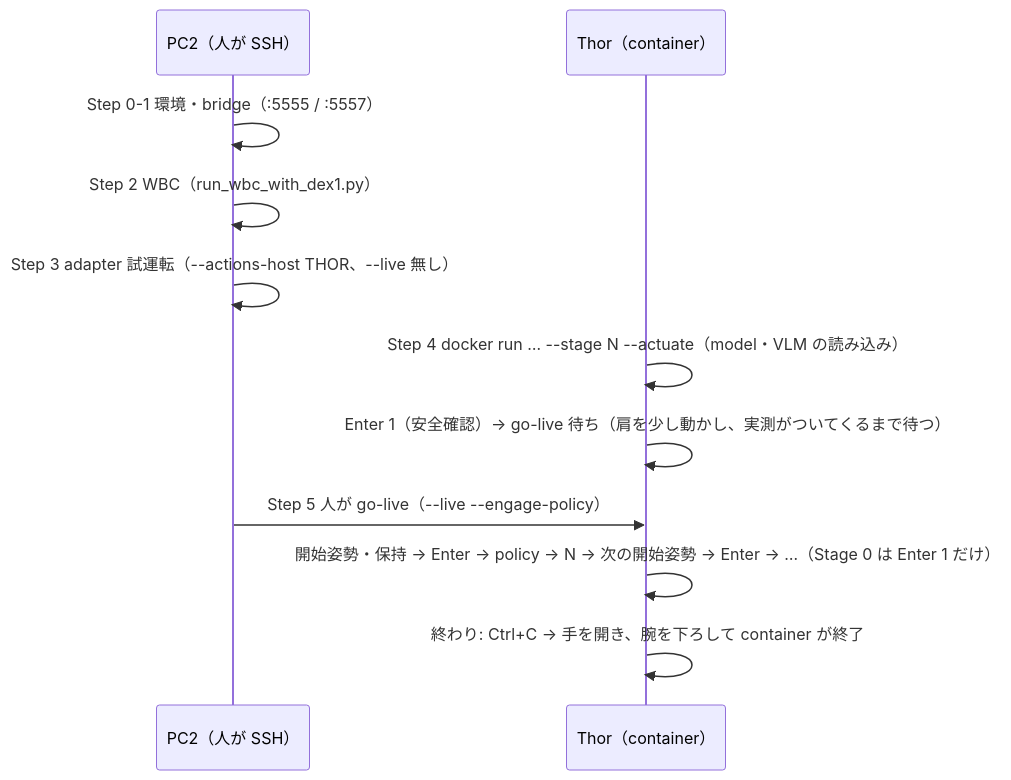
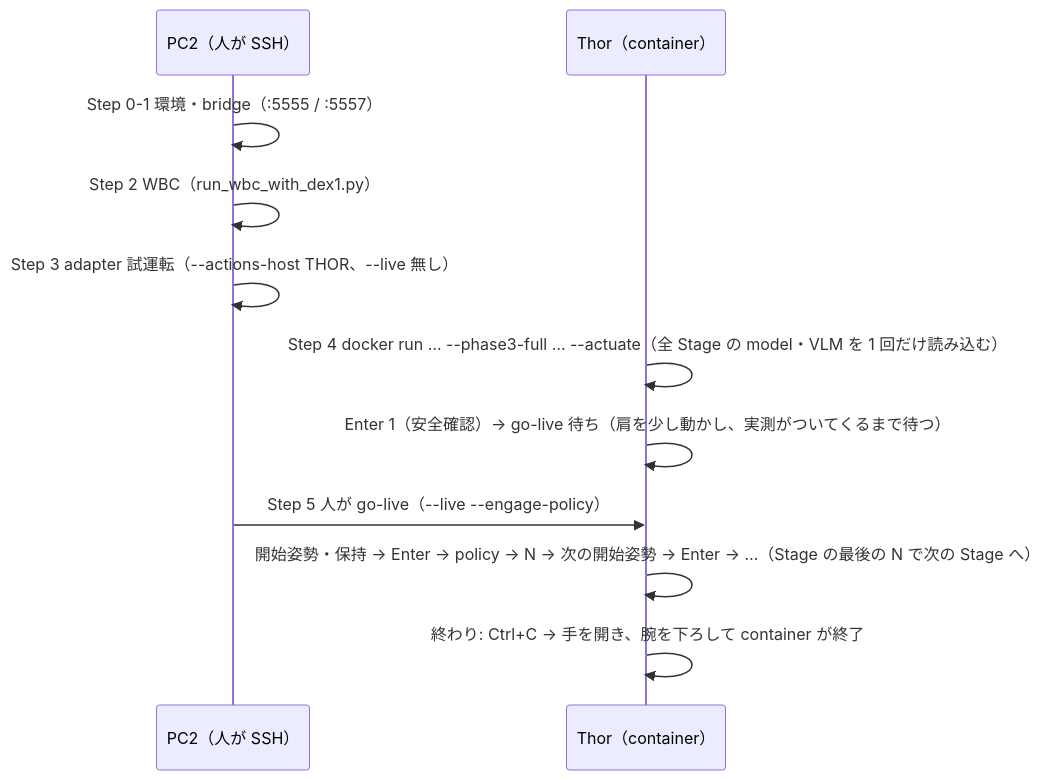
One commit to matsuolab-llmcompe2025-team-suzuki/ikea_iros_submit changed the second of 2 diagrams in INSTRUCTIONS.md. Above: the diagram before and after it, drawn with Mermaid. The commit also changed other lines of this file and 6 other files, not shown here.

````diff
--- a/INSTRUCTIONS.md
+++ b/INSTRUCTIONS.md
@@ -79,13 +83,13 @@
 ```mermaid
 sequenceDiagram
   participant P as PC2（人が SSH）
   participant T as Thor（container）
   P->>P: Step 0-1 環境・bridge（:5555 / :5557）
   P->>P: Step 2 WBC（run_wbc_with_dex1.py）
   P->>P: Step 3 adapter 試運転（--actions-host THOR、--live 無し）
-  T->>T: Step 4 docker run … --stage N --actuate（model・VLM の読み込み）
+  T->>T: Step 4 docker run … --phase3-full … --actuate（全 Stage の model・VLM を 1 回だけ読み込む）
   T->>T: Enter 1（安全確認）→ go-live 待ち（肩を少し動かし、実測がついてくるまで待つ）
   P->>T: Step 5 人が go-live（--live --engage-policy）
-  T->>T: 開始姿勢・保持 → Enter → policy → N → 次の開始姿勢 → Enter → …（Stage 0 は Enter 1 だけ）
+  T->>T: 開始姿勢・保持 → Enter → policy → N → 次の開始姿勢 → Enter → …（Stage の最後の N で次の Stage へ）
   T->>T: 終わり: Ctrl+C → 手を開き、腕を下ろして container が終了
 ```
````
